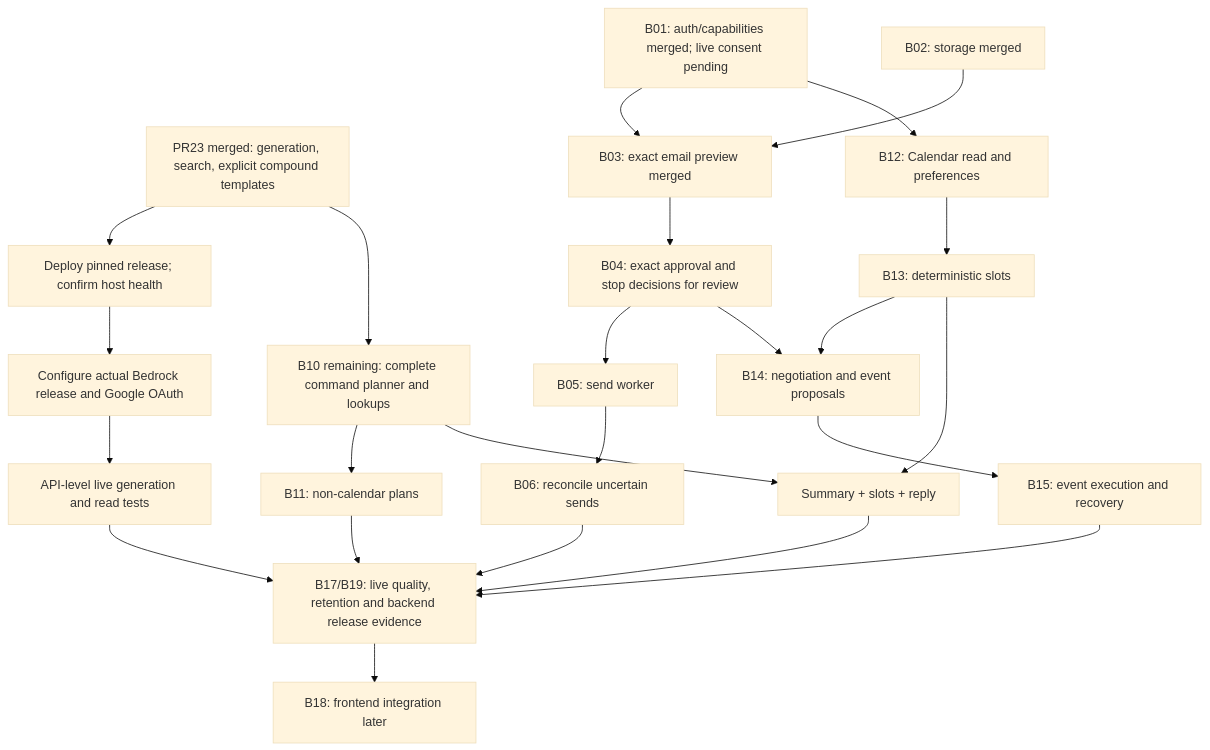
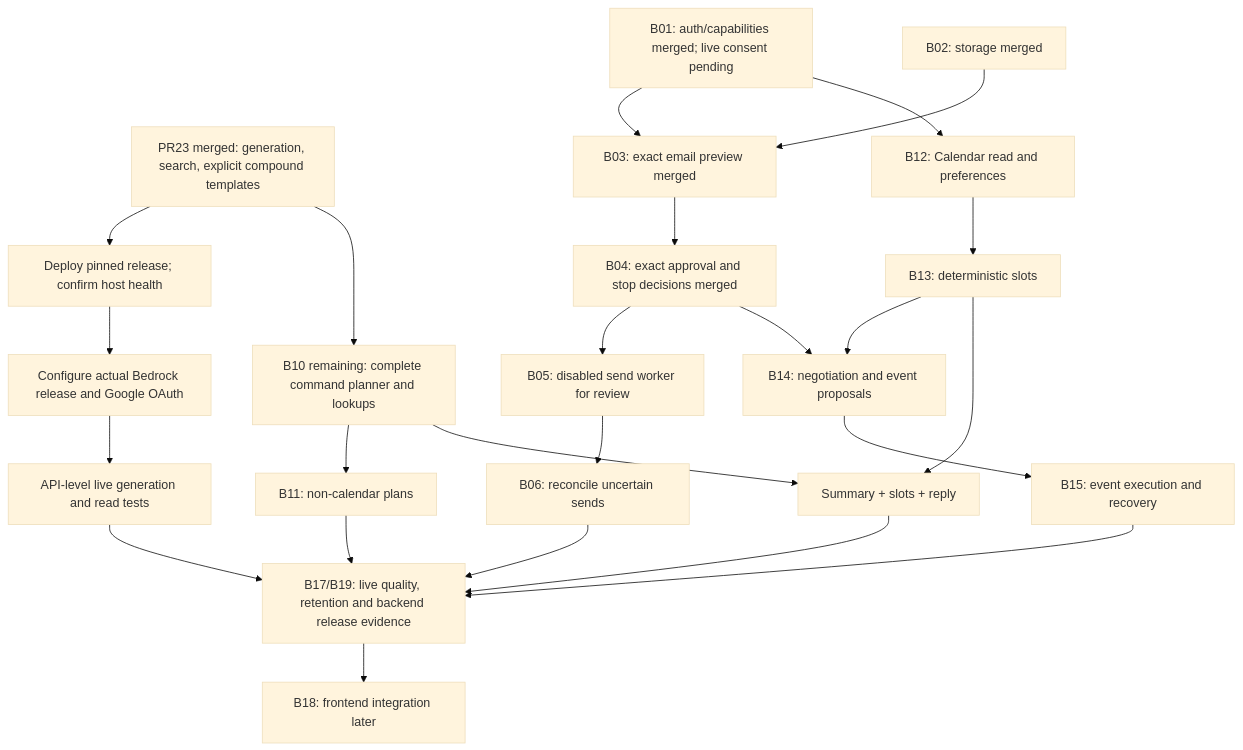
The second of 2 diagrams in docs/workflow-testing-map.md (bhowmikdham/Threadly), drawn with Mermaid (base theme) before and after one commit. The commit also changed other lines of this file and 24 other files, not shown here.

Commit message:
feat(actions): add disabled Gmail dispatch worker with durable intent

````diff
--- a/docs/workflow-testing-map.md
+++ b/docs/workflow-testing-map.md
@@ -145,26 +145,26 @@
 ```mermaid
 flowchart TD
     MERGED[PR23 merged: generation, search, explicit compound templates] --> DEPLOY[Deploy pinned release; confirm host health]
     DEPLOY --> CONFIG[Configure actual Bedrock release and Google OAuth]
     CONFIG --> READTEST[API-level live generation and read tests]
     B01[B01: auth/capabilities merged; live consent pending] --> B03[B03: exact email preview merged]
     B02[B02: storage merged] --> B03
-    B03 --> B04[B04: exact approval and stop decisions for review]
-    B04 --> B05[B05: send worker]
+    B03 --> B04[B04: exact approval and stop decisions merged]
+    B04 --> B05[B05: disabled send worker for review]
     B05 --> B06[B06: reconcile uncertain sends]
     B01 --> B12[B12: Calendar read and preferences]
     B12 --> B13[B13: deterministic slots]
     B13 --> B14[B14: negotiation and event proposals]
     B04 --> B14
     B14 --> B15[B15: event execution and recovery]
     MERGED --> B10[B10 remaining: complete command planner and lookups]
     B10 --> B11[B11: non-calendar plans]
     B10 --> COMPOUND[Summary + slots + reply]
     B13 --> COMPOUND
     READTEST --> GATE[B17/B19: live quality, retention and backend release evidence]
     B06 --> GATE
     B15 --> GATE
     B11 --> GATE
     COMPOUND --> GATE
     GATE --> FRONT[B18: frontend integration later]
 ```
````
